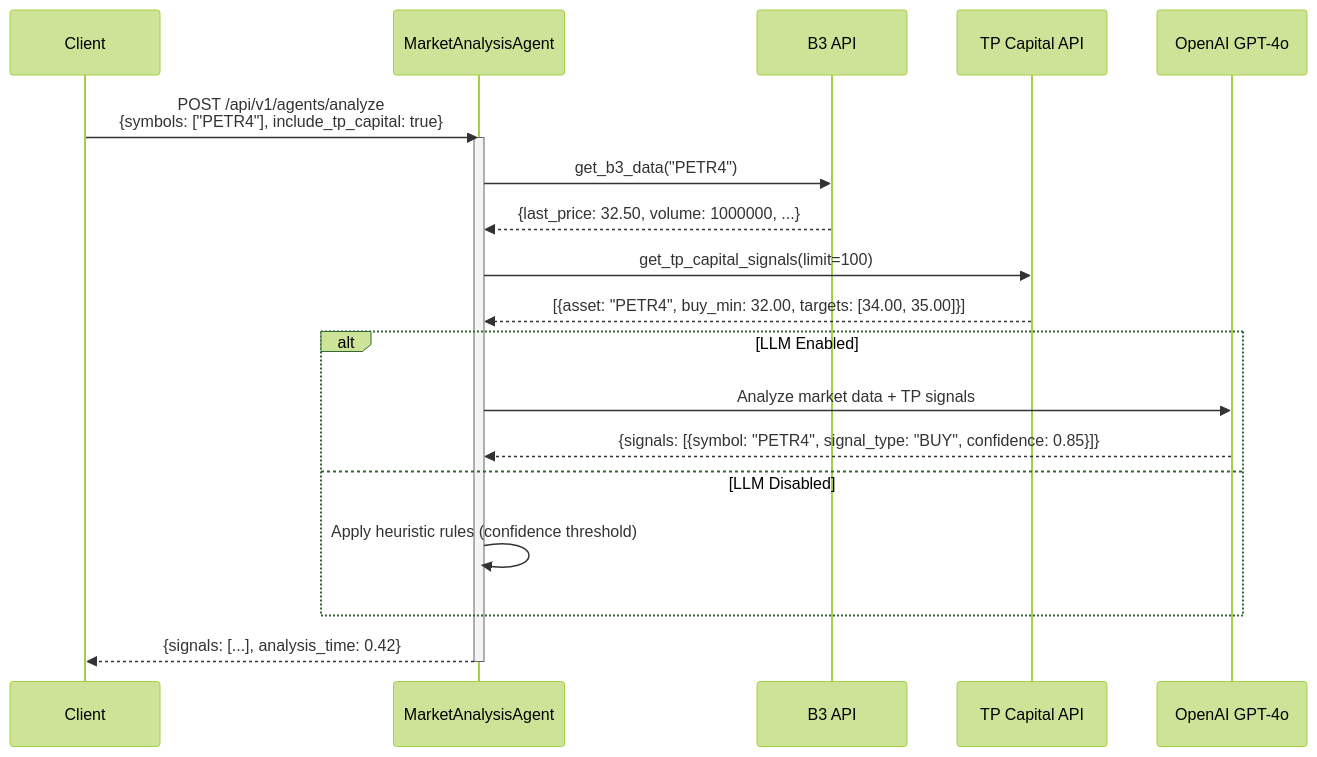
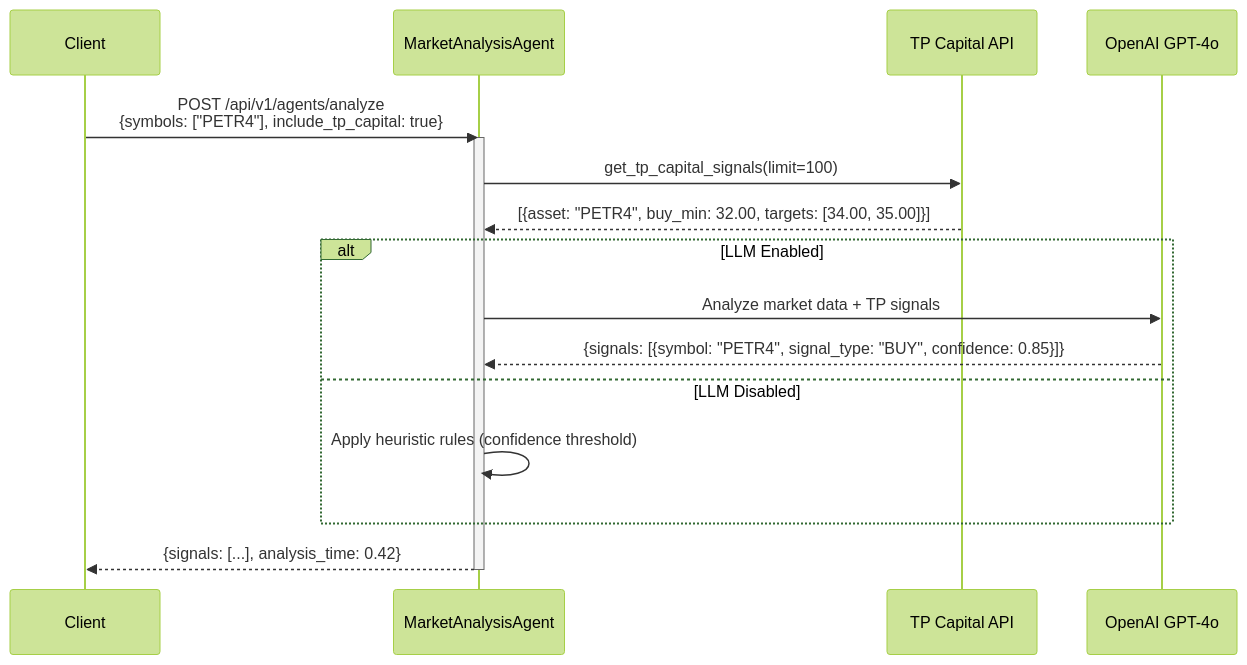
Before and after one commit to marceloterra1983/TradingSystem: the second of 6 diagrams in docs/content/agents/agno-agents/flows.mdx, drawn with Mermaid (forest theme). The commit also changed other lines of this file and 870 other files, not shown here.

````diff
--- a/docs/content/agents/agno-agents/flows.mdx
+++ b/docs/content/agents/agno-agents/flows.mdx
@@ -70,27 +66,23 @@
 ```mermaid
 sequenceDiagram
     participant Client
     participant Market as MarketAnalysisAgent
-    participant B3 as B3 API
     participant TP as TP Capital API
     participant LLM as OpenAI GPT-4o
     
     Client->>Market: POST /api/v1/agents/analyze<br/>{symbols: ["PETR4"], include_tp_capital: true}
     activate Market
-    
-    Market->>B3: get_b3_data("PETR4")
-    B3-->>Market: {last_price: 32.50, volume: 1000000, ...}
     
     Market->>TP: get_tp_capital_signals(limit=100)
     TP-->>Market: [{asset: "PETR4", buy_min: 32.00, targets: [34.00, 35.00]}]
     
     alt LLM Enabled
         Market->>LLM: Analyze market data + TP signals
         LLM-->>Market: {signals: [{symbol: "PETR4", signal_type: "BUY", confidence: 0.85}]}
     else LLM Disabled
         Market->>Market: Apply heuristic rules (confidence threshold)
     end
     
     Market-->>Client: {signals: [...], analysis_time: 0.42}
     deactivate Market
 ```
````
